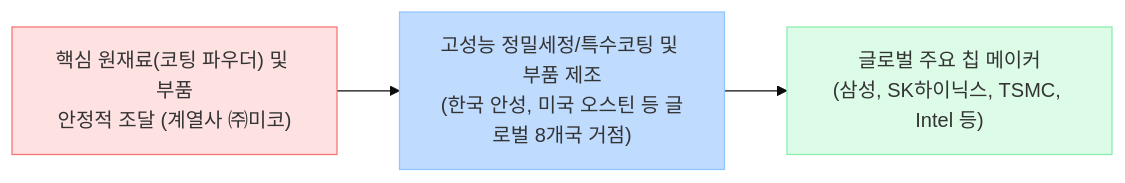
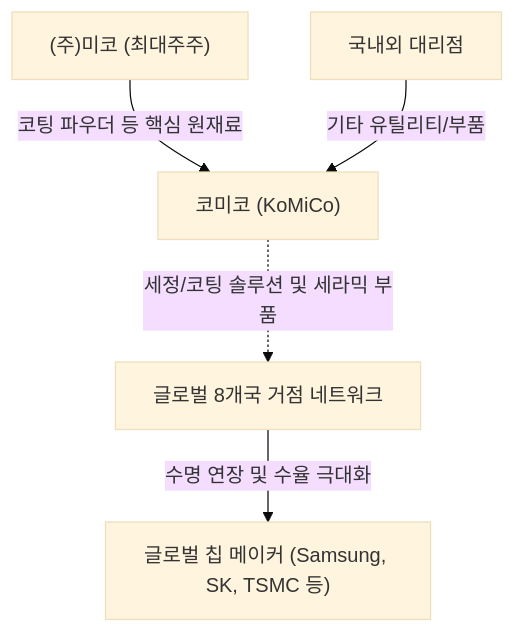
One commit to eve830521-cmd/my-skill changed the diagram in Stock_Research/코미코/3_Final_Reports/Phase1_Report.md. Above: the diagram before and after it, drawn with Mermaid (base theme). The commit also changed other lines of this file and 115 other files, not shown here.

````diff
--- a/Stock_Research/코미코/3_Final_Reports/Phase1_Report.md
+++ b/Stock_Research/코미코/3_Final_Reports/Phase1_Report.md
@@ -13,9 +6,7 @@
 ```mermaid
-graph LR
-    A["핵심 원재료(코팅 파우더) 및 부품<br>안정적 조달 (계열사 ㈜미코)"] --> B["고성능 정밀세정/특수코팅 및 부품 제조<br>(한국 안성, 미국 오스틴 등 글로벌 8개국 거점)"]
-    B --> C["글로벌 주요 칩 메이커<br>(삼성, SK하이닉스, TSMC, Intel 등)"]
-    
-    style A fill:#fee2e2,stroke:#f87171
-    style B fill:#bfdbfe,stroke:#93c5fd
-    style C fill:#dcfce7,stroke:#86efac
+graph TD
+    A["(주)미코 (최대주주)"] -->|"코팅 파우더 등 핵심 원재료"| B["코미코 (KoMiCo)"]
+    C["국내외 대리점"] -->|"기타 유틸리티/부품"| B
+    B -. "세정/코팅 솔루션 및 세라믹 부품" .-> D["글로벌 8개국 거점 네트워크"]
+    D -->|"수명 연장 및 수율 극대화"| E["글로벌 칩 메이커 (Samsung, SK, TSMC 등)"]
 ```
````
